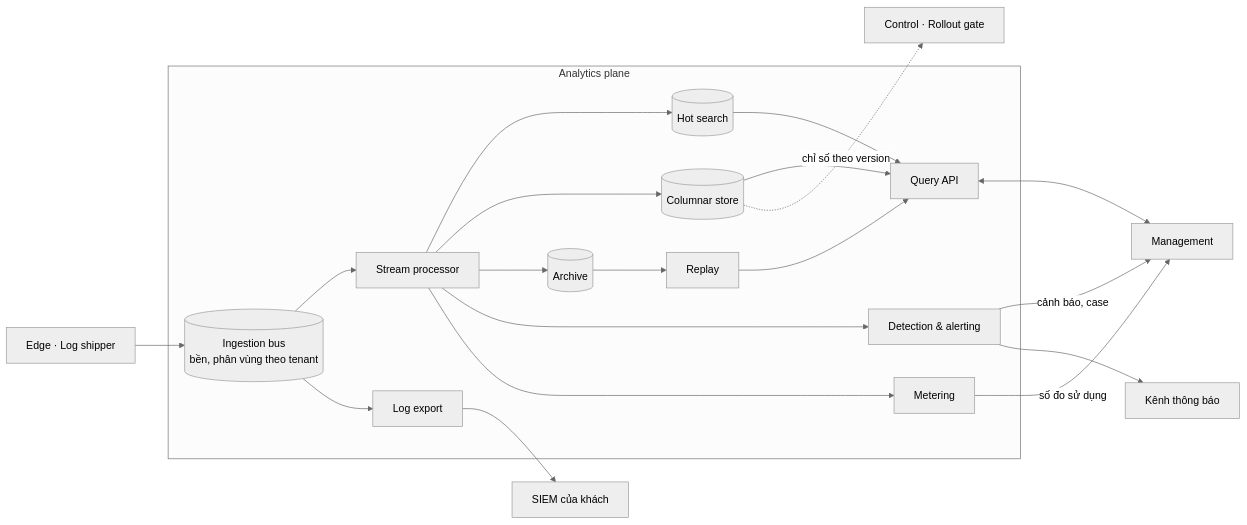
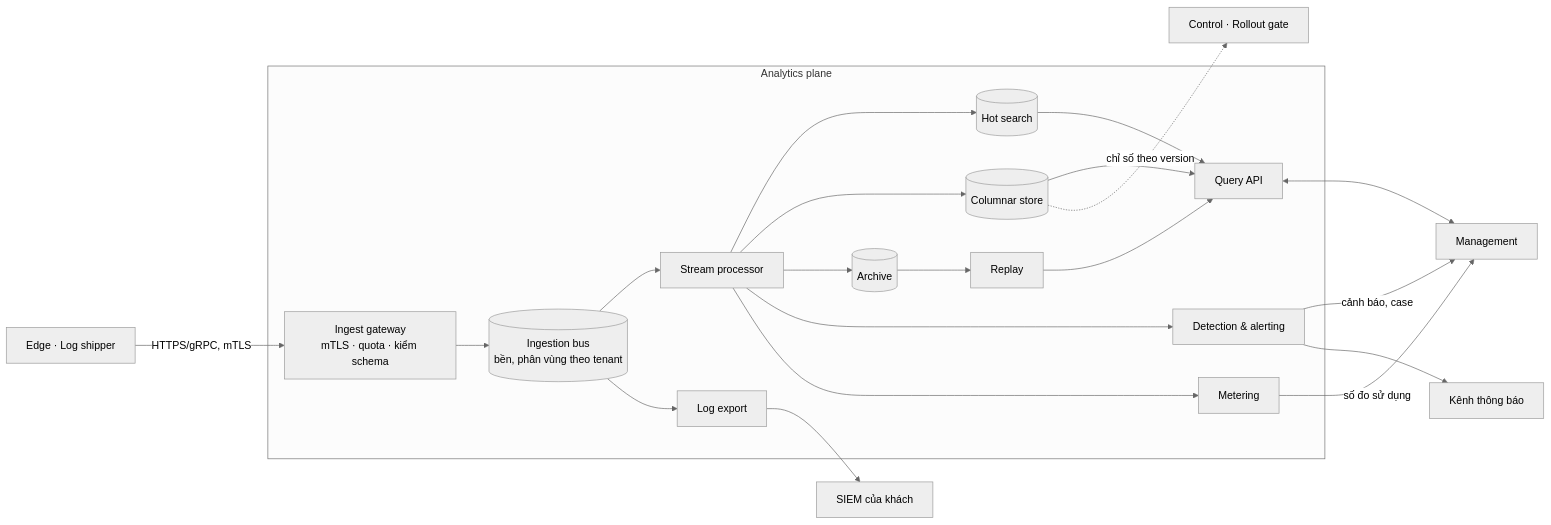
Before and after one commit to metap-org/metap-demo-waf: the diagram in docs/architecture/05-building-blocks/04-analytics-plane.md, drawn with Mermaid (neutral theme). The commit also changed other lines of this file and 5 other files, not shown here.

First line of the commit message:
docs: route edge logs through a regional ingest gateway

````diff
--- a/docs/architecture/05-building-blocks/04-analytics-plane.md
+++ b/docs/architecture/05-building-blocks/04-analytics-plane.md
@@ -6,36 +6,37 @@
 ```mermaid
 flowchart LR
     ship["Edge · Log shipper"]
     subgraph A["Analytics plane"]
+        ig["Ingest gateway<br/>mTLS · quota · kiểm schema"]
         bus[("Ingestion bus<br/>bền, phân vùng theo tenant")]
         sp["Stream processor"]
         hot[("Hot search")]
         col[("Columnar store")]
         arc[("Archive")]
         det["Detection & alerting"]
         exp["Log export"]
         meter["Metering"]
         q["Query API"]
         rp["Replay"]
     end
     mgmt["Management"]
     ctrl["Control · Rollout gate"]
     siem["SIEM của khách"]
     notify["Kênh thông báo"]
 
-    ship --> bus --> sp
+    ship -->|HTTPS/gRPC, mTLS| ig --> bus --> sp
     sp --> hot
     sp --> col
     sp --> arc
     sp --> det
     sp --> meter
     bus --> exp --> siem
     hot --> q
     col --> q
     arc --> rp --> q
     q <--> mgmt
     det -->|cảnh báo, case| mgmt
     det --> notify
     col -.->|chỉ số theo version| ctrl
     meter -->|số đo sử dụng| mgmt
 ```
````
